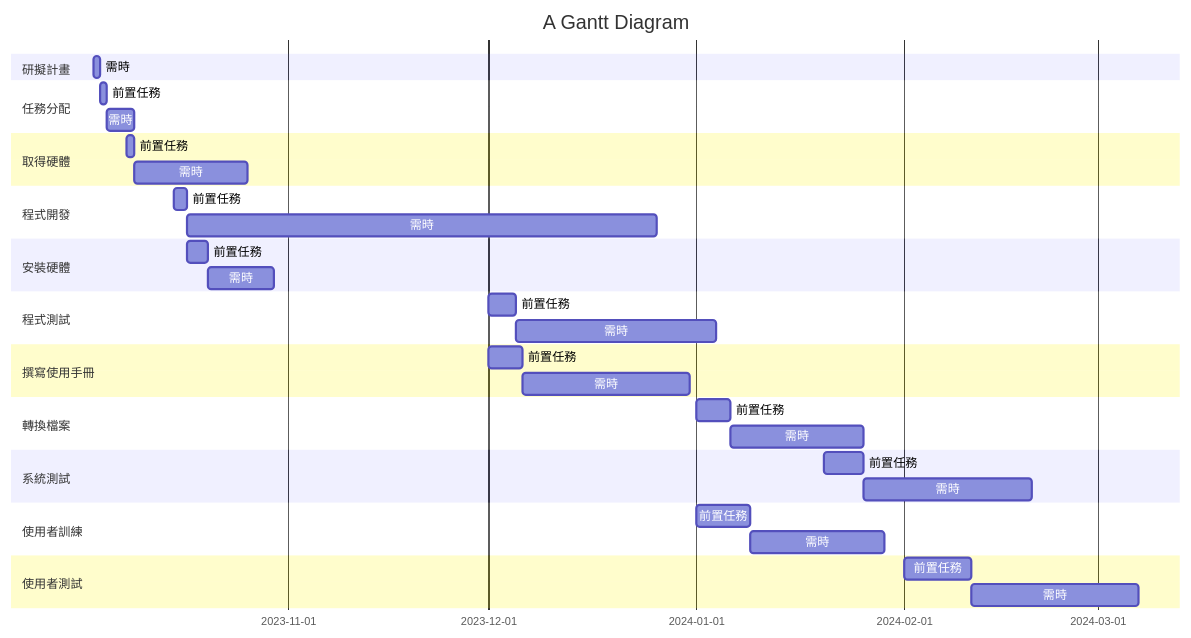
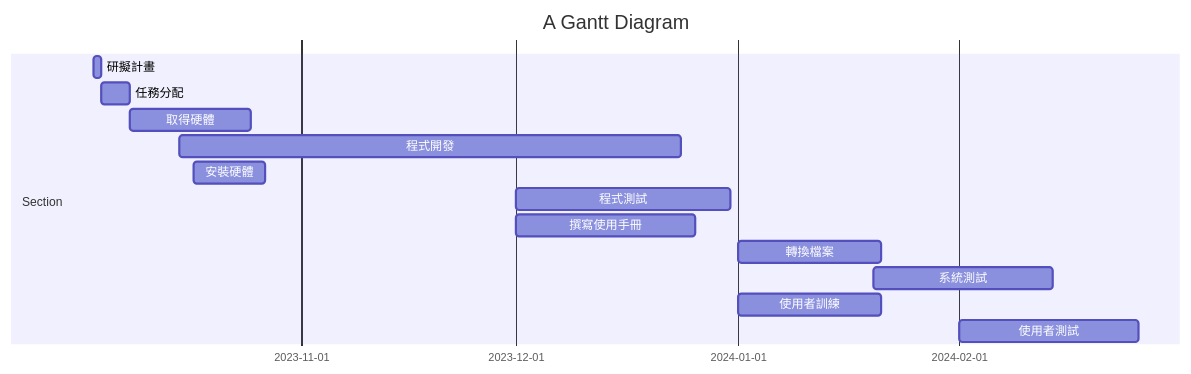
One commit to KUKU555/mis changed the diagram in hw2.md. Above: the diagram before and after it, drawn with Mermaid.

````diff
--- a/hw2.md
+++ b/hw2.md
@@ -5,37 +5,17 @@
 ```mermaid
 gantt
     title A Gantt Diagram
 
-    section 研擬計畫
-    需時               :2023-10-03, 1d
-    section 任務分配
-    前置任務            :2023-10-04  , 1d
-    需時               : 4d
-    section 取得硬體
-    前置任務            :2023-10-08  , 1d
-    需時               : 17d
-    section 程式開發
-    前置任務            :2023-10-15  , 2d
-    需時               : 70d
-    section 安裝硬體
-    前置任務            :2023-10-17  , 3d
-    需時               : 10d
-    section 程式測試
-    前置任務            :2023-12-01  , 4d
-    需時               : 30d
-    section 撰寫使用手冊
-    前置任務            :2023-12-01  , 5d
-    需時               : 25d
-    section 轉換檔案
-    前置任務            :2024-01-01  , 5d
-    需時               : 20d
-    section 系統測試
-    前置任務            :2024-01-20  , 6d
-    需時               : 25d
-    section 使用者訓練
-    前置任務            :2024-01-01  , 8d
-    需時               : 20d
-    section 使用者測試
-    前置任務            :2024-02-01  , 10d
-    需時               : 25d
+    section Section
+    研擬計畫               :2023-10-03, 1d
+    任務分配            :2023-10-04  , 4d
+    取得硬體            :2023-10-08  , 17d
+    程式開發            :2023-10-15  , 70d
+    安裝硬體            :2023-10-17  , 10d
+    程式測試            :2023-12-01  , 30d
+    撰寫使用手冊         :2023-12-01  , 25d
+    轉換檔案            :2024-01-01  , 20d
+    系統測試            :2024-01-20  , 25d
+    使用者訓練           :2024-01-01  , 20d
+    使用者測試           :2024-02-01  , 25d
 ```
````
